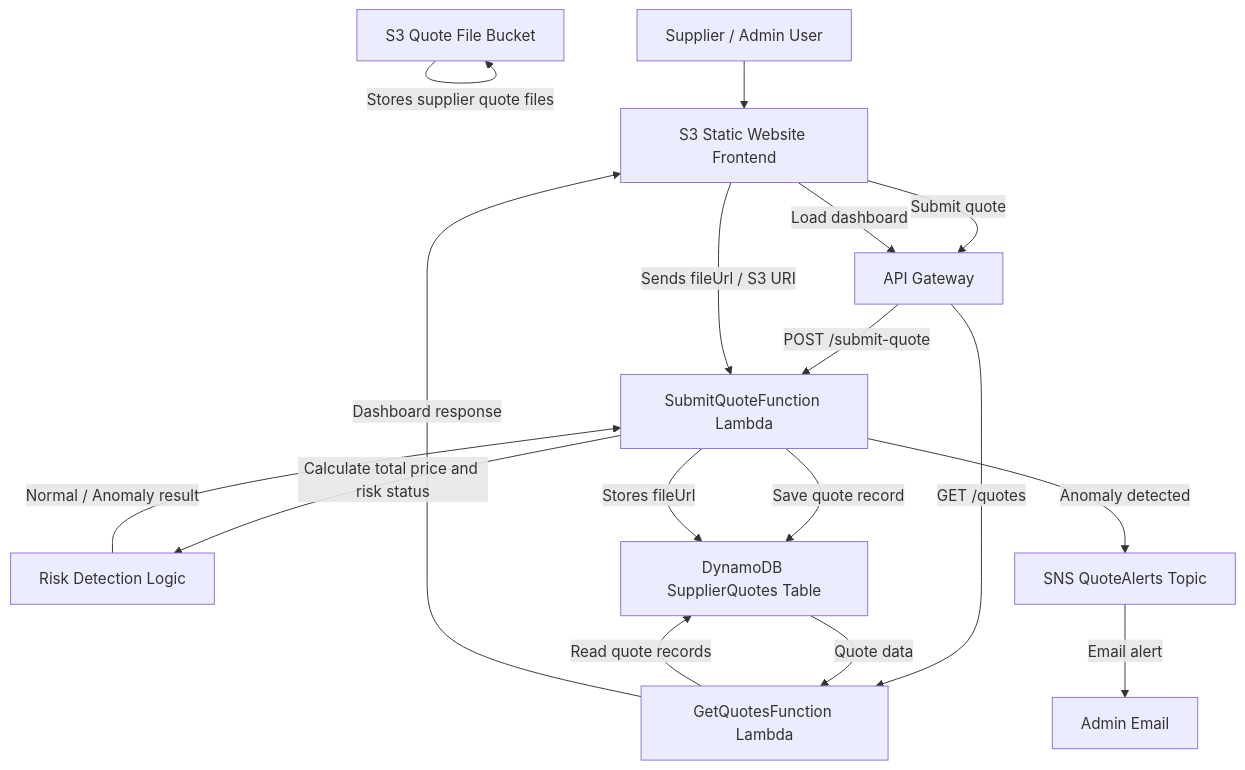
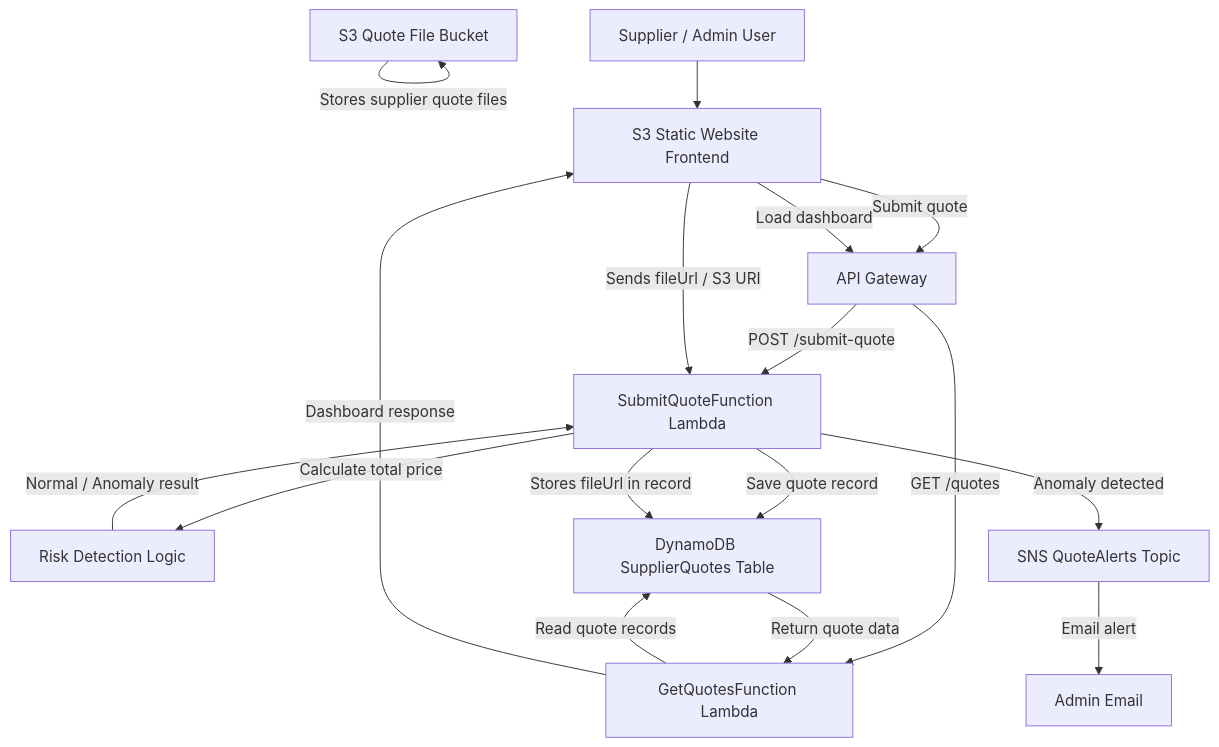
Before and after one commit to ManMeet1812/Cloud-Based-Supplier-Quote-Intelligence-System-with-AWS-and-Risk-Detection: the diagram in report-assets/architecture.md, drawn with Mermaid.

Commit message:
Clarify data flow in architecture diagram

````diff
--- a/report-assets/architecture.md
+++ b/report-assets/architecture.md
@@ -3,23 +3,26 @@
 ```mermaid
 flowchart TD
     A[Supplier / Admin User] --> B[S3 Static Website Frontend]
 
     B -->|Submit quote| C[API Gateway]
     C -->|POST /submit-quote| D[SubmitQuoteFunction Lambda]
-    D -->|Calculate total price and risk status| E[Risk Detection Logic]
+
+    D -->|Calculate total price| E[Risk Detection Logic]
     E -->|Normal / Anomaly result| D
+
     D -->|Save quote record| F[DynamoDB SupplierQuotes Table]
 
     B -->|Load dashboard| C
     C -->|GET /quotes| G[GetQuotesFunction Lambda]
     G -->|Read quote records| F
-    F -->|Quote data| G
+    F -->|Return quote data| G
     G -->|Dashboard response| B
 
-    H[S3 Quote File Bucket] -->|Stores supplier quote files| H
+    H[S3 Quote File Bucket]
     B -->|Sends fileUrl / S3 URI| D
-    D -->|Stores fileUrl| F
+    H -->|Stores supplier quote files| H
+    D -->|Stores fileUrl in record| F
 
     D -->|Anomaly detected| I[SNS QuoteAlerts Topic]
     I -->|Email alert| J[Admin Email]
 ```
````
